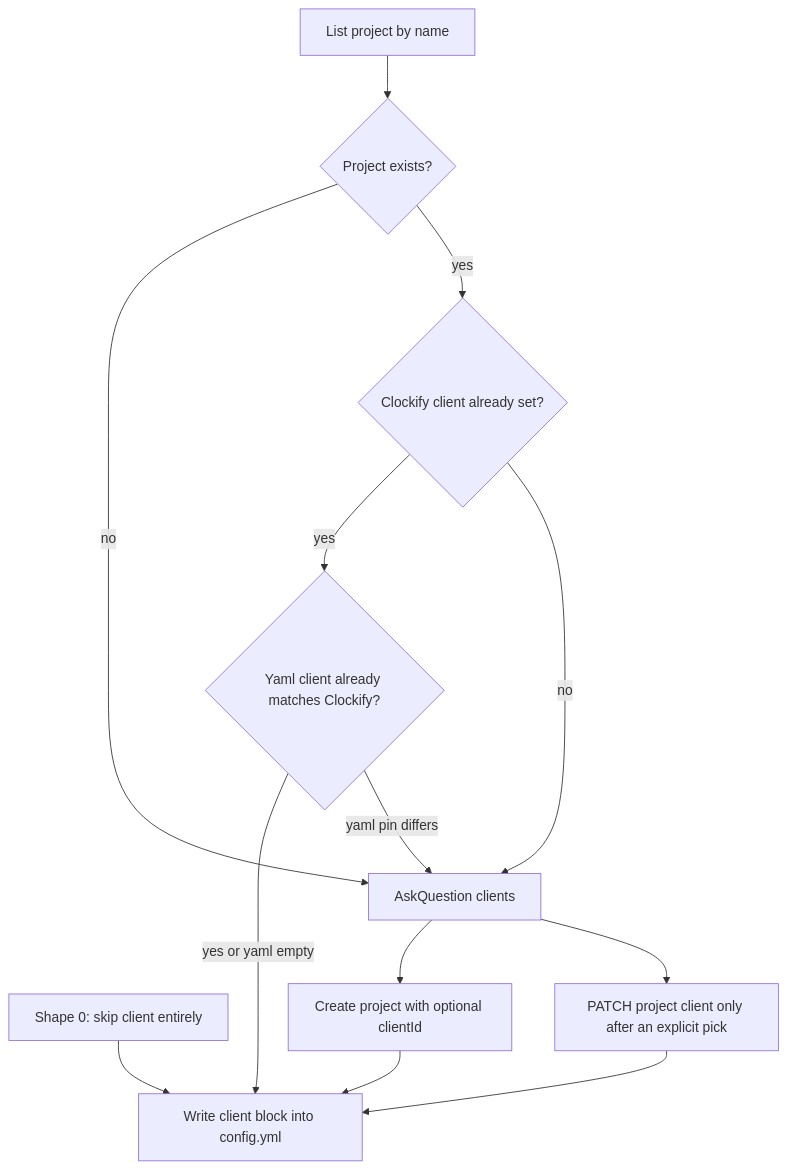
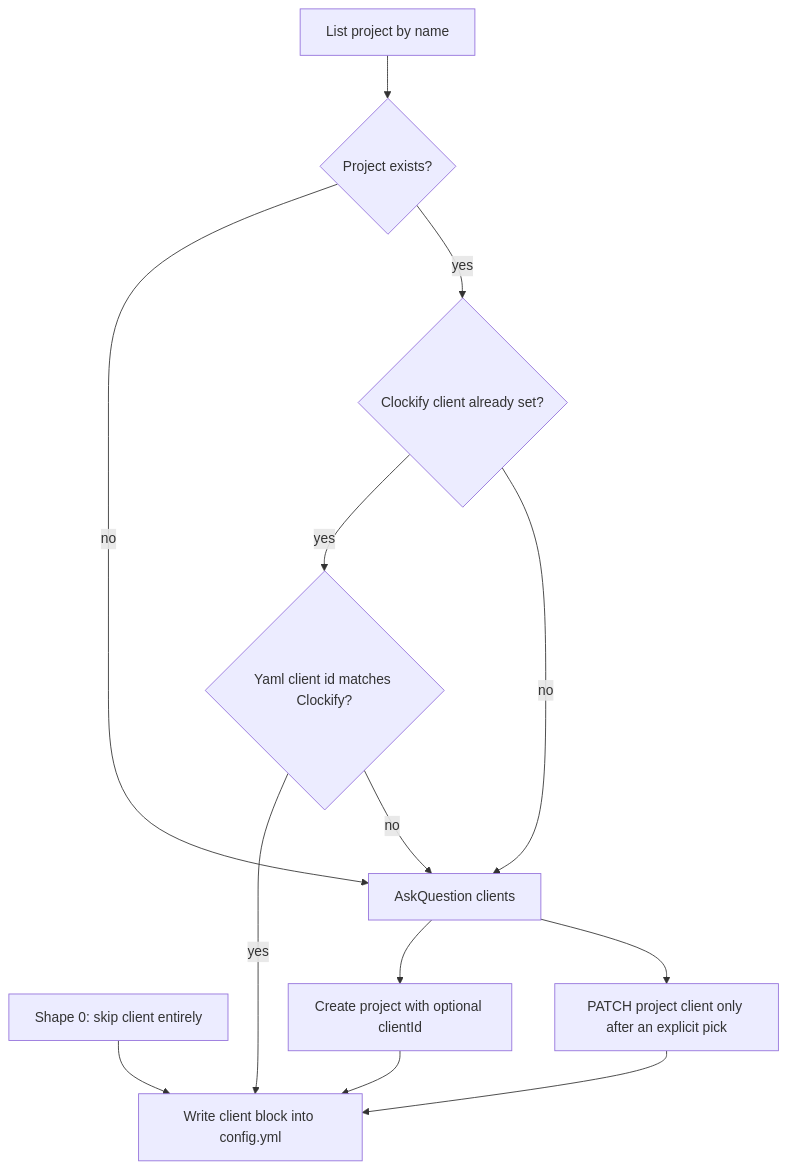
One commit to dustinestes/clockify-agent-plugin changed the diagram in docs/flows.md. Above: the diagram before and after it, drawn with Mermaid. The commit also changed other lines of this file and 1 other file, not shown here.

Commit message:
Always prompt for client unless yaml already matches Clockify.
Do not auto-persist an existing project client when scope.client is still none; only skip AskQuestion on re-run when the yaml pin already matches.

````diff
--- a/docs/flows.md
+++ b/docs/flows.md
@@ -30,25 +30,25 @@
 ```mermaid
 flowchart TD
   skip0[Shape 0: skip client entirely]
   lookup[List project by name]
   hasProj{Project exists?}
   hasClient{Clockify client already set?}
-  yamlMatch{Yaml client already matches Clockify?}
+  yamlMatch{Yaml client id matches Clockify?}
   ask[AskQuestion clients]
   create[Create project with optional clientId]
   patch[PATCH project client only after an explicit pick]
   write[Write client block into config.yml]
 
   skip0 --> write
   lookup --> hasProj
   hasProj -->|no| ask
   ask --> create
   create --> write
   hasProj -->|yes| hasClient
   hasClient -->|yes| yamlMatch
-  yamlMatch -->|yes or yaml empty| write
-  yamlMatch -->|yaml pin differs| ask
+  yamlMatch -->|yes| write
+  yamlMatch -->|no| ask
   hasClient -->|no| ask
   ask --> patch
   patch --> write
 ```
````
